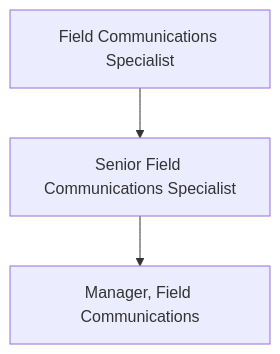
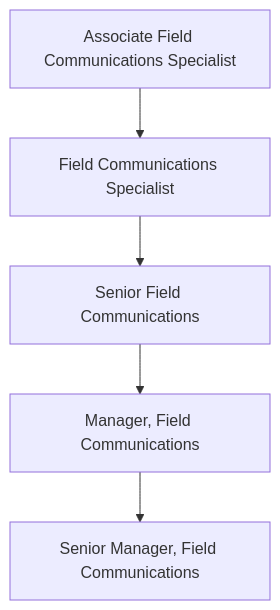
One commit to secretstartups/handbook changed the diagram in job-families/sales/field-communications/index.html.md. Above: the diagram before and after it, drawn with Mermaid. The commit also changed other lines of this file, not shown here.

Commit message:
FOR REVIEW: Updating Field Communications Job Family

````diff
--- a/job-families/sales/field-communications/index.html.md
+++ b/job-families/sales/field-communications/index.html.md
@@ -89,5 +198,5 @@
 ```mermaid
 graph TD;
-  A[Field Communications Specialist] --> B[Senior Field Communications Specialist];
-  B --> C[Manager, Field Communications];
+  A[Associate Field Communications Specialist] --> B[Field Communications Specialist];
+  B --> C[Senior Field Communications]; C --> D[Manager, Field Communications]; D --> E[Senior Manager, Field Communications];
 ```
````
